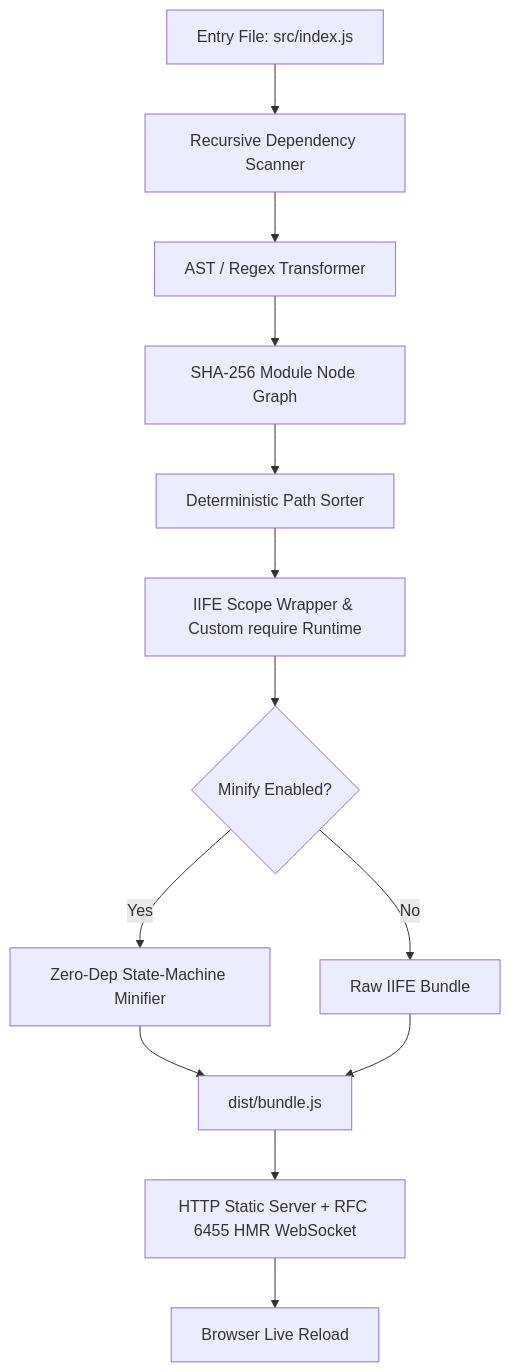
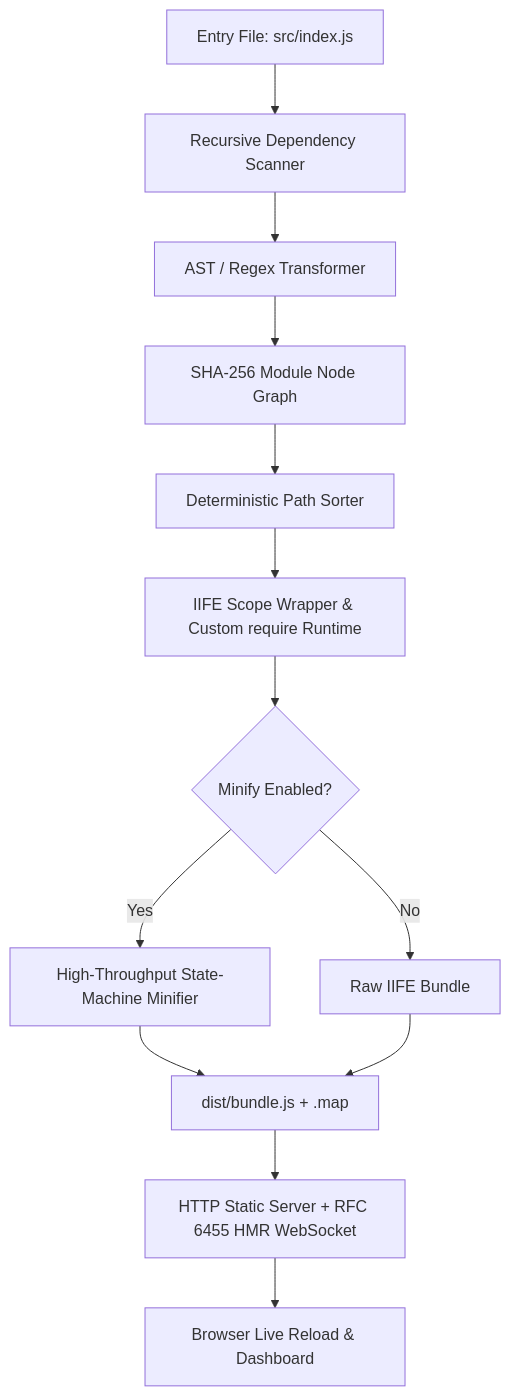
The diagram in README.md (Saksham842/Zero-Dependency), drawn with Mermaid before and after one commit. The commit also changed other lines of this file and 4 other files, not shown here.

````diff
--- a/README.md
+++ b/README.md
@@ -174,15 +270,15 @@
 ```mermaid
 flowchart TD
     A[Entry File: src/index.js] --> B[Recursive Dependency Scanner]
     B --> C[AST / Regex Transformer]
     C --> D[SHA-256 Module Node Graph]
     D --> E[Deterministic Path Sorter]
     E --> F[IIFE Scope Wrapper & Custom require Runtime]
     F --> G{Minify Enabled?}
-    G -- Yes --> H[Zero-Dep State-Machine Minifier]
+    G -- Yes --> H[High-Throughput State-Machine Minifier]
     G -- No --> I[Raw IIFE Bundle]
-    H --> J[dist/bundle.js]
-    I --> J[dist/bundle.js]
+    H --> J[dist/bundle.js + .map]
+    I --> J[dist/bundle.js + .map]
     J --> K[HTTP Static Server + RFC 6455 HMR WebSocket]
-    K --> L[Browser Live Reload]
+    K --> L[Browser Live Reload & Dashboard]
 ```
````
